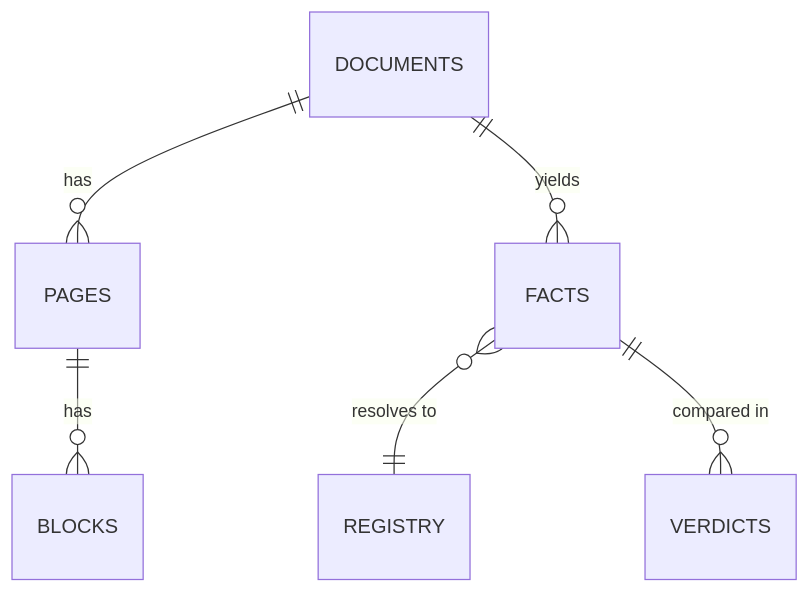
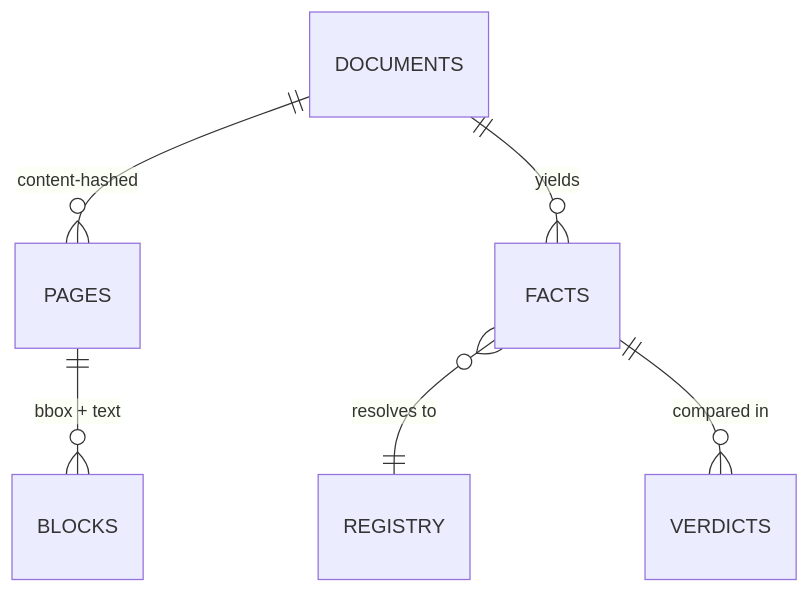
One commit to vishcrv/albatross changed the fourth of 4 diagrams in README.md. Above: the diagram before and after it, drawn with Mermaid. The commit also changed other lines of this file, not shown here.

First line of the commit message:
readme: architecture first, setup in three lines

````diff
--- a/README.md
+++ b/README.md
@@ -82,8 +146,8 @@
 ```mermaid
 erDiagram
-    DOCUMENTS ||--o{ PAGES : has
-    PAGES ||--o{ BLOCKS : has
+    DOCUMENTS ||--o{ PAGES : "content-hashed"
+    PAGES ||--o{ BLOCKS : "bbox + text"
     DOCUMENTS ||--o{ FACTS : yields
     FACTS }o--|| REGISTRY : "resolves to"
     FACTS ||--o{ VERDICTS : "compared in"
 ```
````
